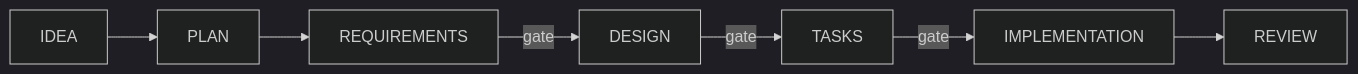
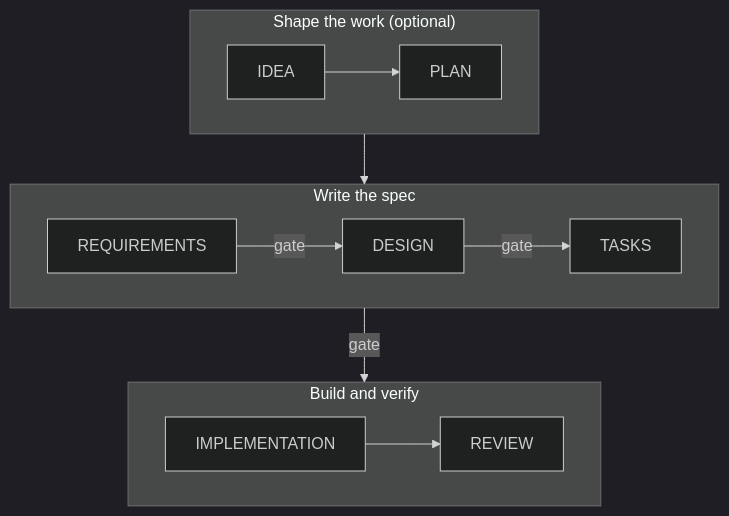
The second of 15 diagrams in BOOK.en.md (felipefontoura/spec-driven-development-book), drawn with Mermaid (dark theme) before and after one commit. The commit also changed other lines of this file and 1 other file, not shown here.

````diff
--- a/BOOK.en.md
+++ b/BOOK.en.md
@@ -196,13 +194,25 @@
 ```mermaid
-flowchart LR
-    I[IDEA] --> P[PLAN]
-    P --> R[REQUIREMENTS]
-    R -->|gate| D[DESIGN]
-    D -->|gate| T[TASKS]
-    T -->|gate| E[IMPLEMENTATION]
-    E --> V[REVIEW]
+flowchart TB
+    subgraph SHAPE["Shape the work (optional)"]
+        direction LR
+        I[IDEA] --> P[PLAN]
+    end
+
+    subgraph SPEC["Write the spec"]
+        direction LR
+        R[REQUIREMENTS] -->|gate| D[DESIGN]
+        D -->|gate| T[TASKS]
+    end
+
+    subgraph CODE["Build and verify"]
+        direction LR
+        E[IMPLEMENTATION] --> V[REVIEW]
+    end
+
+    SHAPE --> SPEC
+    SPEC -->|gate| CODE
 
     class I,P muted;
     class R,D,T neutral;
     class E,V accent;
 ```
````
